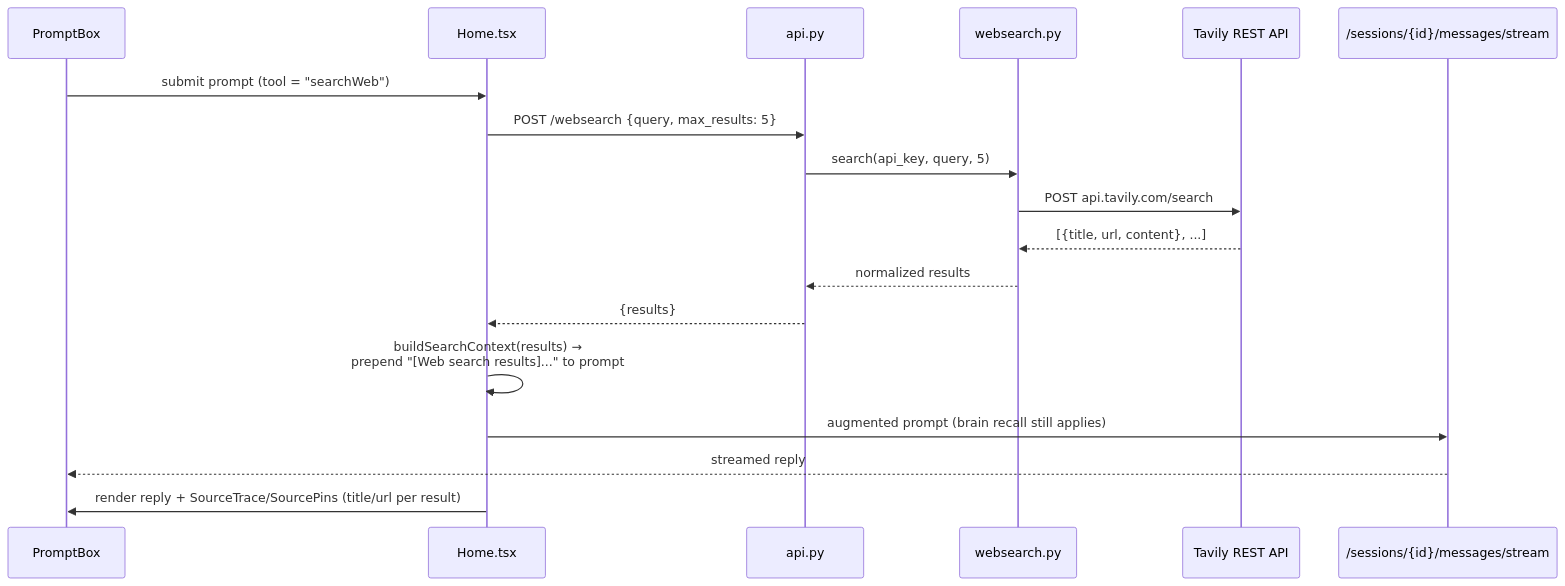
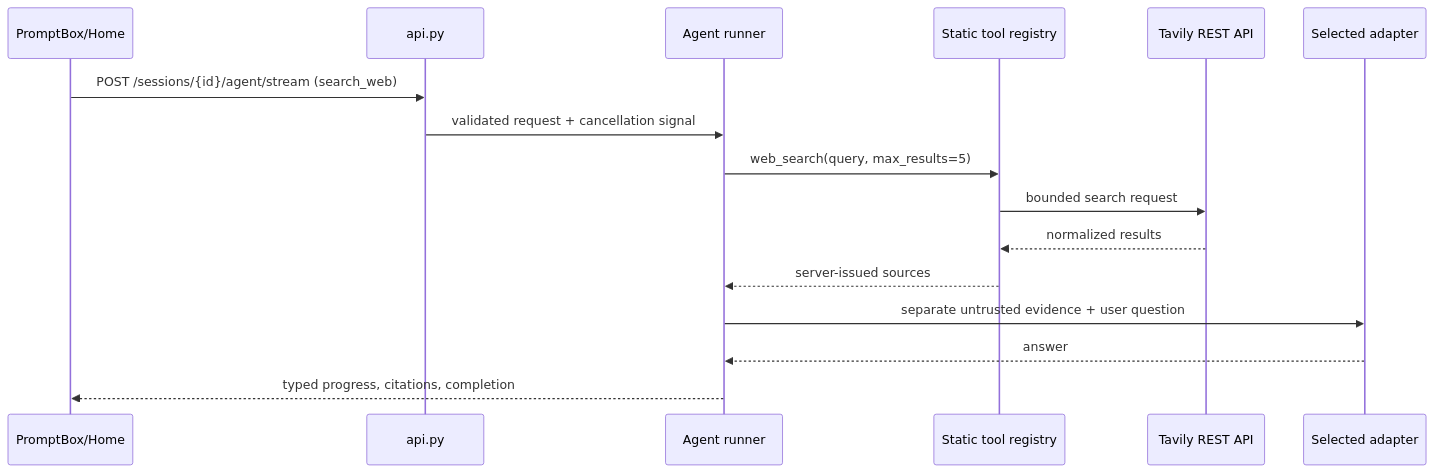
Before and after one commit to Subham12R/Atlas: the second of 4 diagrams in README.md, drawn with Mermaid. The commit also changed other lines of this file and 69 other files, not shown here.

````diff
--- a/README.md
+++ b/README.md
@@ -151,21 +155,19 @@
 ```mermaid
 sequenceDiagram
-    participant UI as PromptBox
-    participant Home as Home.tsx
+    participant UI as PromptBox/Home
     participant API as api.py
-    participant WS as websearch.py
+    participant Runner as Agent runner
+    participant Registry as Static tool registry
     participant Tavily as Tavily REST API
-    participant Chat as /sessions/{id}/messages/stream
+    participant Model as Selected adapter
 
-    UI->>Home: submit prompt (tool = "searchWeb")
-    Home->>API: POST /websearch {query, max_results: 5}
-    API->>WS: search(api_key, query, 5)
-    WS->>Tavily: POST api.tavily.com/search
-    Tavily-->>WS: [{title, url, content}, ...]
-    WS-->>API: normalized results
-    API-->>Home: {results}
-    Home->>Home: buildSearchContext(results) →<br/>prepend "[Web search results]..." to prompt
-    Home->>Chat: augmented prompt (brain recall still applies)
-    Chat-->>UI: streamed reply
-    Home->>UI: render reply + SourceTrace/SourcePins (title/url per result)
+    UI->>API: POST /sessions/{id}/agent/stream (search_web)
+    API->>Runner: validated request + cancellation signal
+    Runner->>Registry: web_search(query, max_results=5)
+    Registry->>Tavily: bounded search request
+    Tavily-->>Registry: normalized results
+    Registry-->>Runner: server-issued sources
+    Runner->>Model: separate untrusted evidence + user question
+    Model-->>Runner: answer
+    Runner-->>UI: typed progress, citations, completion
 ```
````
